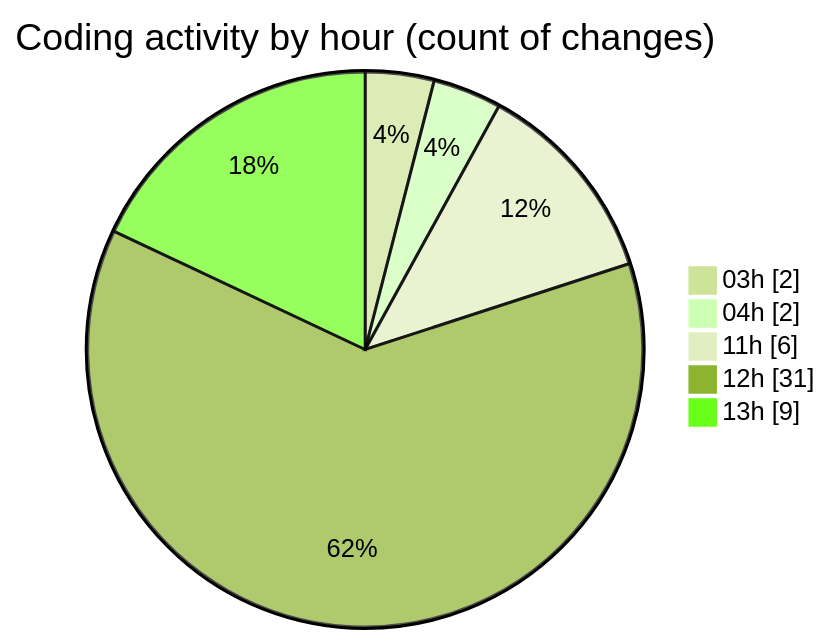
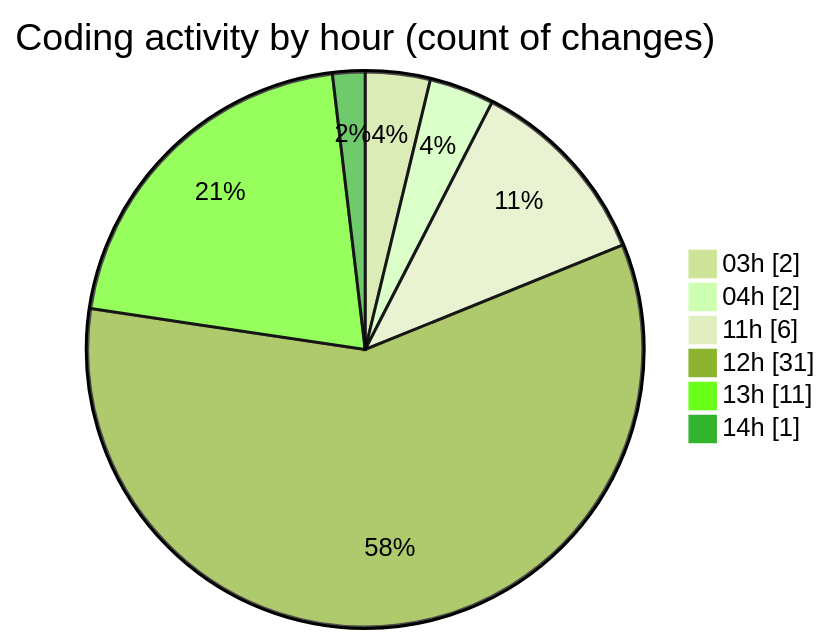
The second of 2 diagrams in 2025-07-04/cursor/README.md (FelipKnott/code-tracking), drawn with Mermaid (forest theme) before and after one commit. The commit also changed other lines of this file and 1 other file, not shown here.

````diff
--- a/2025-07-04/cursor/README.md
+++ b/2025-07-04/cursor/README.md
@@ -45,9 +45,10 @@
 ```mermaid
 pie showData
 title Coding activity by hour (count of changes)
 "03h" : 2
 "04h" : 2
 "11h" : 6
 "12h" : 31
-"13h" : 9
+"13h" : 11
+"14h" : 1
 ```
````
